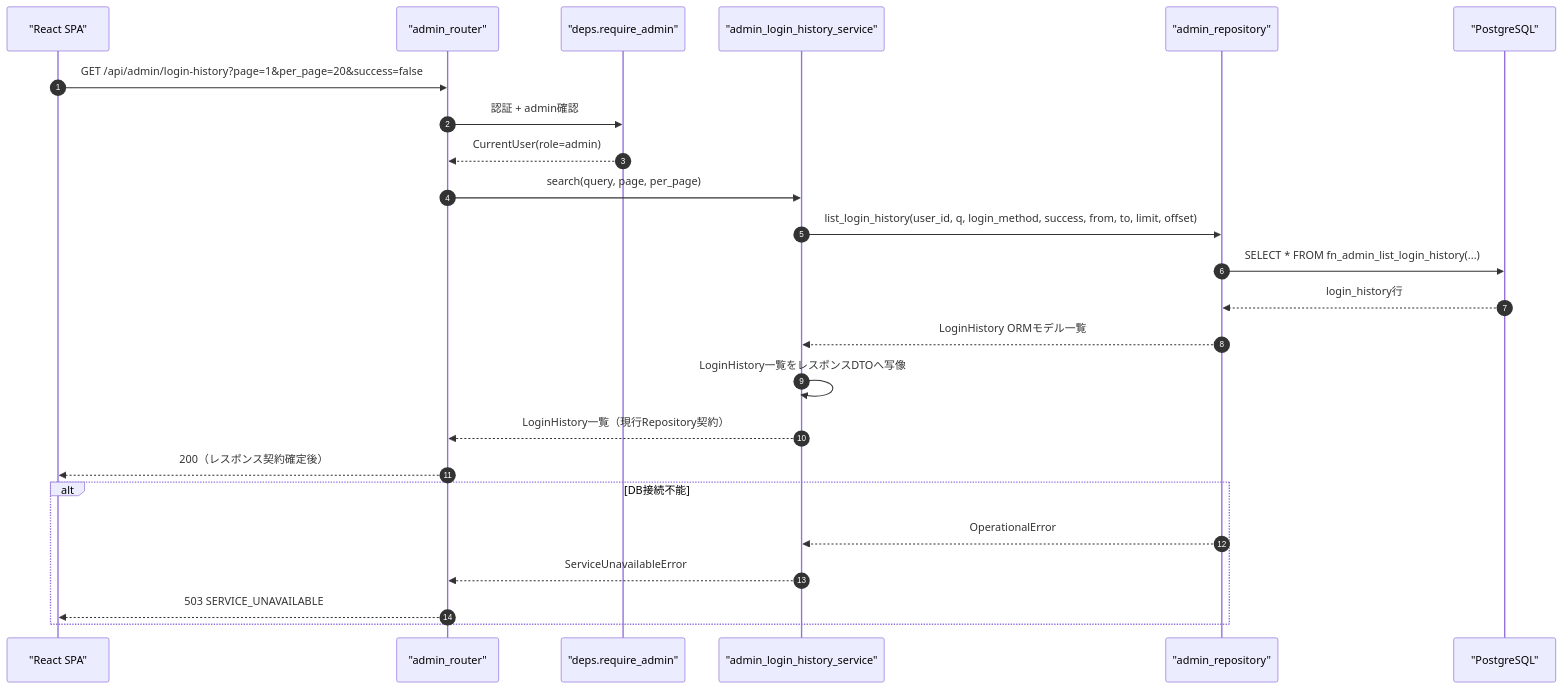
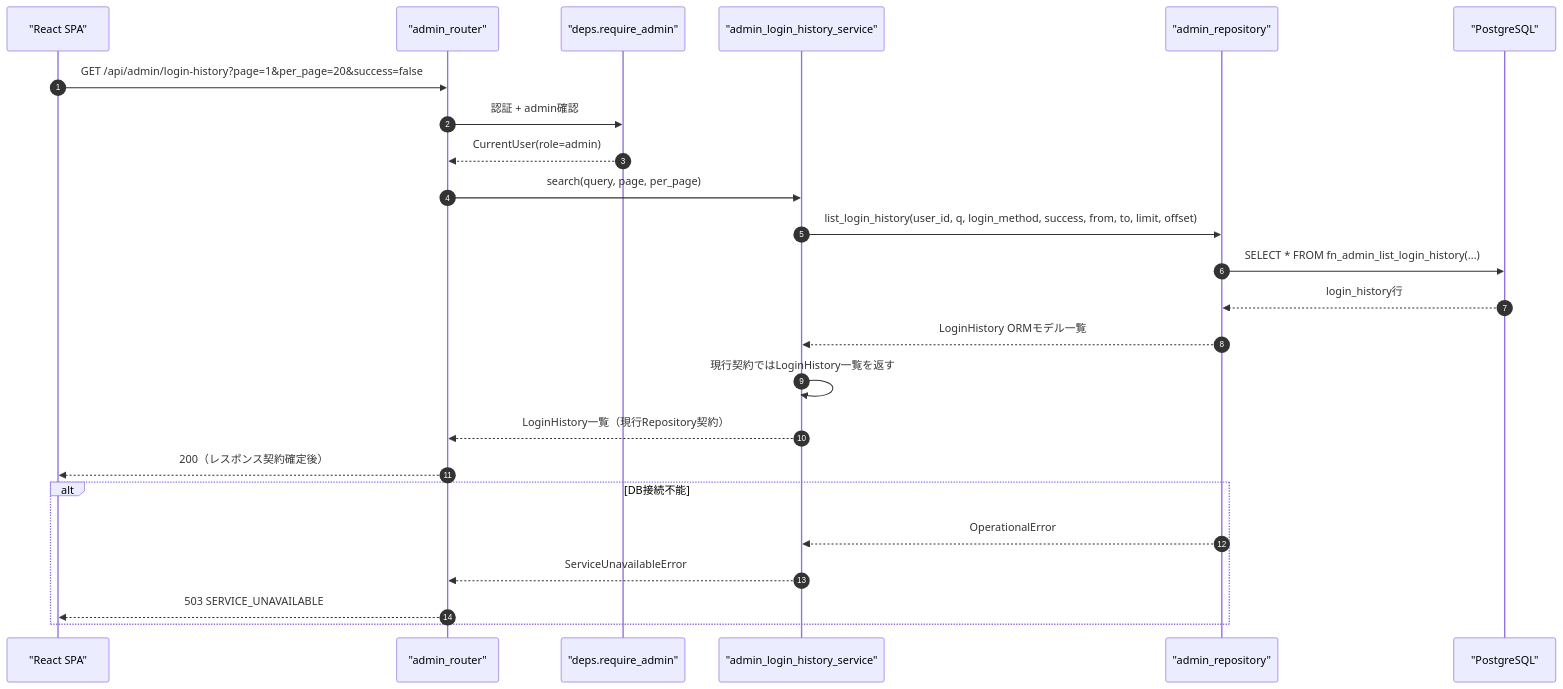
The first of 4 diagrams in docs/detailed_design/api/admin/07_get_admin_login_history.md (oikawa-d/task_management), drawn with Mermaid before and after one commit. The commit also changed other lines of this file, not shown here.

Commit message:
docs: 管理者履歴の現行写像を明記

````diff
--- a/docs/detailed_design/api/admin/07_get_admin_login_history.md
+++ b/docs/detailed_design/api/admin/07_get_admin_login_history.md
@@ -103,27 +103,27 @@
 ```mermaid
 sequenceDiagram
     autonumber
     participant FE as "React SPA"
     participant R as "admin_router"
     participant D as "deps.require_admin"
     participant S as "admin_login_history_service"
     participant ARP as "admin_repository"
     participant PG as "PostgreSQL"
 
     FE->>R: GET /api/admin/login-history?page=1&per_page=20&success=false
     R->>D: 認証 + admin確認
     D-->>R: CurrentUser(role=admin)
     R->>S: search(query, page, per_page)
     S->>ARP: list_login_history(user_id, q, login_method, success, from, to, limit, offset)
     ARP->>PG: SELECT * FROM fn_admin_list_login_history(...)
     PG-->>ARP: login_history行
     ARP-->>S: LoginHistory ORMモデル一覧
-    S->>S: LoginHistory一覧をレスポンスDTOへ写像
+    S->>S: 現行契約ではLoginHistory一覧を返す
     S-->>R: LoginHistory一覧（現行Repository契約）
     R-->>FE: 200（レスポンス契約確定後）
     alt DB接続不能
         ARP-->>S: OperationalError
         S-->>R: ServiceUnavailableError
         R-->>FE: 503 SERVICE_UNAVAILABLE
     end
 ```
````
